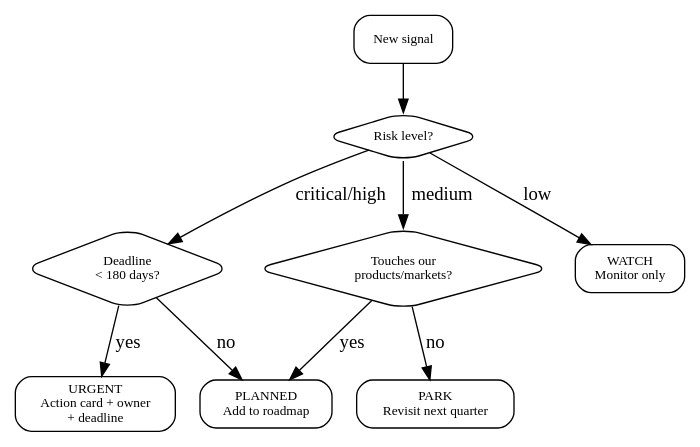
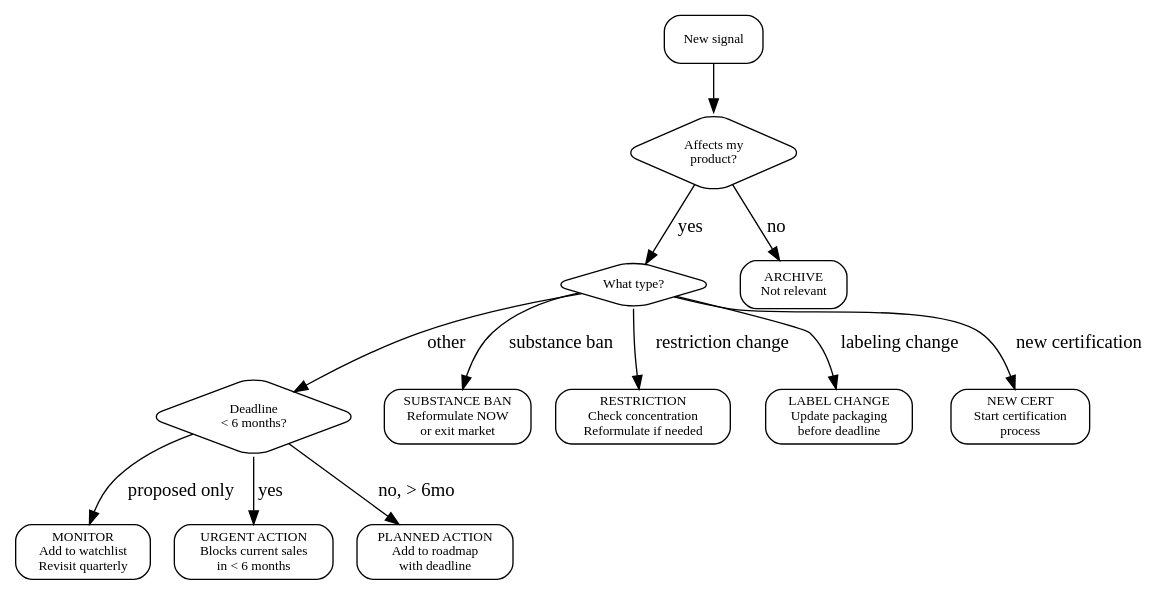
Before and after one commit to Cleo-Labs-IA/skills_library: the diagram in skills/regulatory-intelligence/SKILL.md, drawn with Graphviz. The commit also changed other lines of this file and 20 other files, not shown here.

````diff
--- a/skills/regulatory-intelligence/SKILL.md
+++ b/skills/regulatory-intelligence/SKILL.md
@@ -31,21 +63,30 @@
 ```dot
 digraph triage {
   rankdir=TB; node [shape=box style=rounded fontsize=10];
   new [label="New signal"];
-  risk [label="Risk level?" shape=diamond];
-  deadline [label="Deadline\n< 180 days?" shape=diamond];
-  impact [label="Touches our\nproducts/markets?" shape=diamond];
-  urgent [label="URGENT\nAction card + owner\n+ deadline"];
-  plan [label="PLANNED\nAdd to roadmap"];
-  park [label="PARK\nRevisit next quarter"];
-  watch [label="WATCH\nMonitor only"];
-  new -> risk;
-  risk -> deadline [label="critical/high"];
-  risk -> impact [label="medium"];
-  risk -> watch [label="low"];
+  product [label="Affects my\nproduct?" shape=diamond];
+  type [label="What type?" shape=diamond];
+  deadline [label="Deadline\n< 6 months?" shape=diamond];
+  
+  drop [label="ARCHIVE\nNot relevant"];
+  ban [label="SUBSTANCE BAN\nReformulate NOW\nor exit market"];
+  restrict [label="RESTRICTION\nCheck concentration\nReformulate if needed"];
+  label_chg [label="LABEL CHANGE\nUpdate packaging\nbefore deadline"];
+  cert [label="NEW CERT\nStart certification\nprocess"];
+  monitor [label="MONITOR\nAdd to watchlist\nRevisit quarterly"];
+  urgent [label="URGENT ACTION\nBlocks current sales\nin < 6 months"];
+  planned [label="PLANNED ACTION\nAdd to roadmap\nwith deadline"];
+  
+  new -> product;
+  product -> drop [label="no"];
+  product -> type [label="yes"];
+  type -> ban [label="substance ban"];
+  type -> restrict [label="restriction change"];
+  type -> label_chg [label="labeling change"];
+  type -> cert [label="new certification"];
+  type -> deadline [label="other"];
   deadline -> urgent [label="yes"];
-  deadline -> plan [label="no"];
-  impact -> plan [label="yes"];
-  impact -> park [label="no"];
+  deadline -> planned [label="no, > 6mo"];
+  deadline -> monitor [label="proposed only"];
 }
 ```
````
